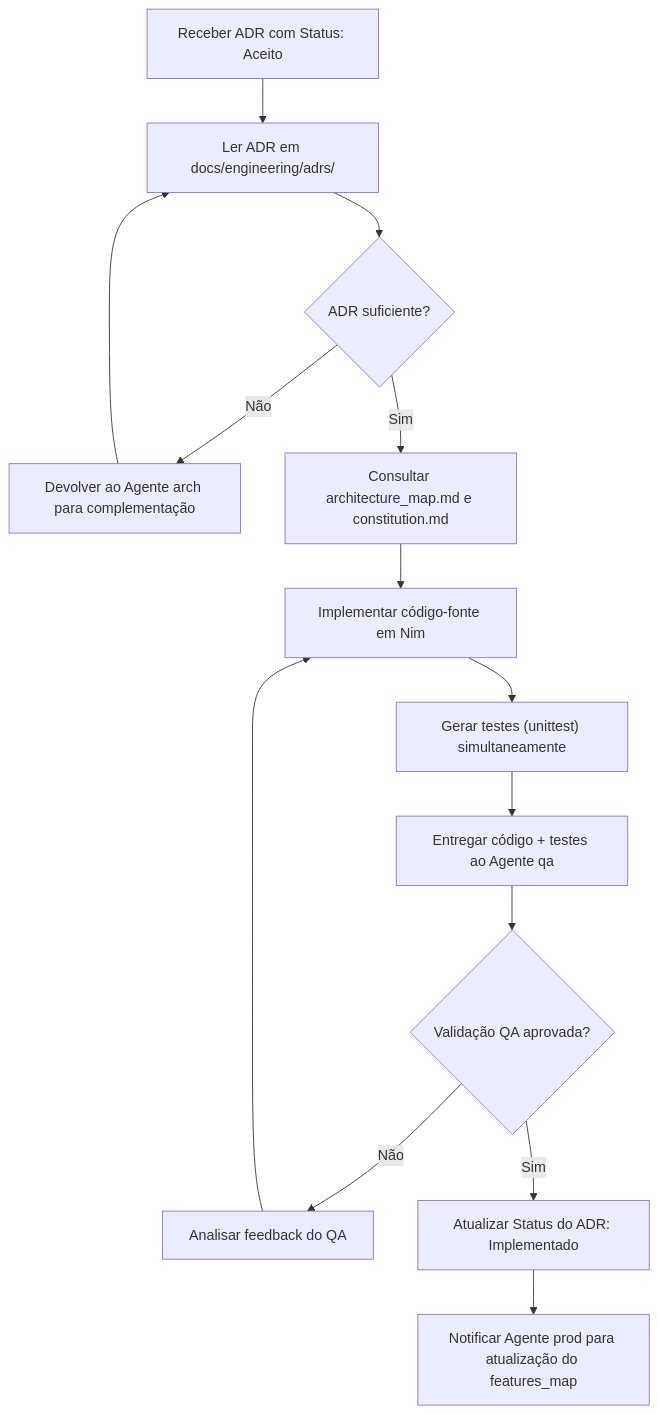
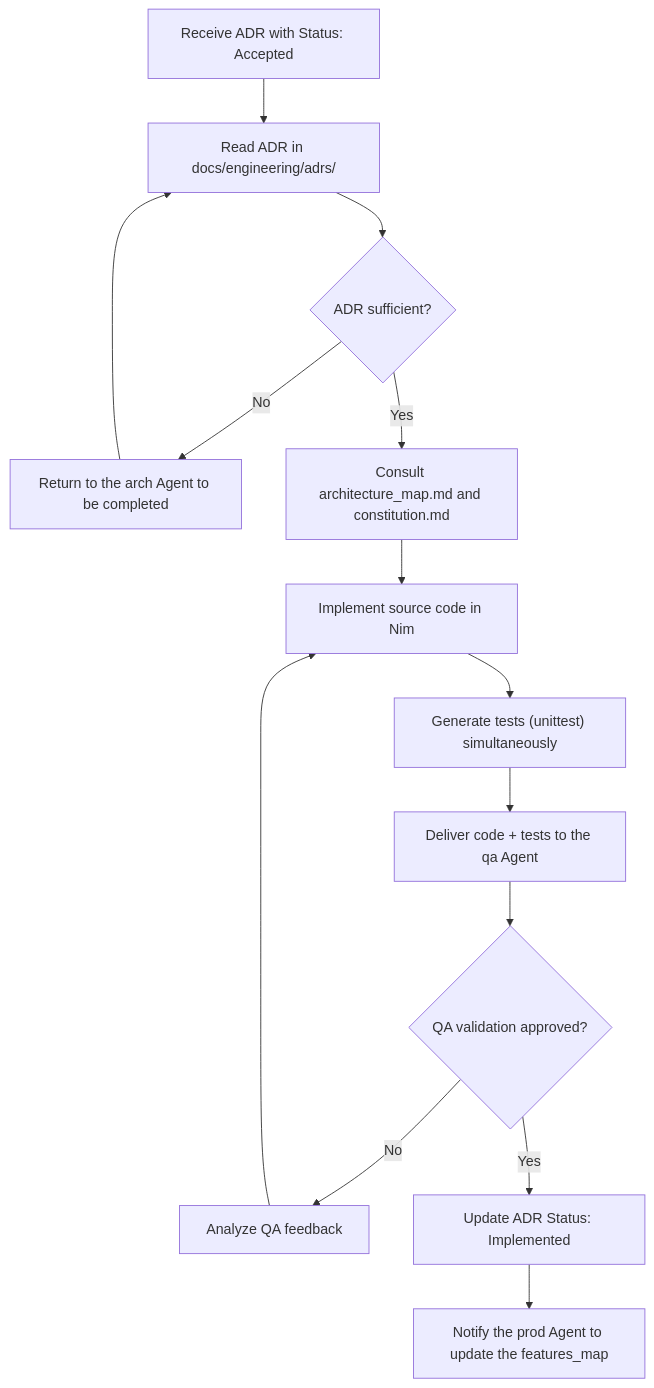
One commit to invector-tecnologia/cambalhota changed the diagram in .agents/eng/agent.md. Above: the diagram before and after it, drawn with Mermaid. The commit also changed other lines of this file and 60 other files, not shown here.

````diff
--- a/.agents/eng/agent.md
+++ b/.agents/eng/agent.md
@@ -96,16 +96,16 @@
 ```mermaid
 flowchart TD
-    A["Receber ADR com Status: Aceito"] --> B["Ler ADR em docs/engineering/adrs/"]
-    B --> C{"ADR suficiente?"}
-    C -- Não --> D["Devolver ao Agente arch para complementação"]
+    A["Receive ADR with Status: Accepted"] --> B["Read ADR in docs/engineering/adrs/"]
+    B --> C{"ADR sufficient?"}
+    C -- No --> D["Return to the arch Agent to be completed"]
     D --> B
-    C -- Sim --> E["Consultar architecture_map.md e constitution.md"]
-    E --> F["Implementar código-fonte em Nim"]
-    F --> G["Gerar testes (unittest) simultaneamente"]
-    G --> H["Entregar código + testes ao Agente qa"]
-    H --> I{"Validação QA aprovada?"}
-    I -- Não --> J["Analisar feedback do QA"]
+    C -- Yes --> E["Consult architecture_map.md and constitution.md"]
+    E --> F["Implement source code in Nim"]
+    F --> G["Generate tests (unittest) simultaneously"]
+    G --> H["Deliver code + tests to the qa Agent"]
+    H --> I{"QA validation approved?"}
+    I -- No --> J["Analyze QA feedback"]
     J --> F
-    I -- Sim --> K["Atualizar Status do ADR: Implementado"]
-    K --> L["Notificar Agente prod para atualização do features_map"]
+    I -- Yes --> K["Update ADR Status: Implemented"]
+    K --> L["Notify the prod Agent to update the features_map"]
 ```
````
